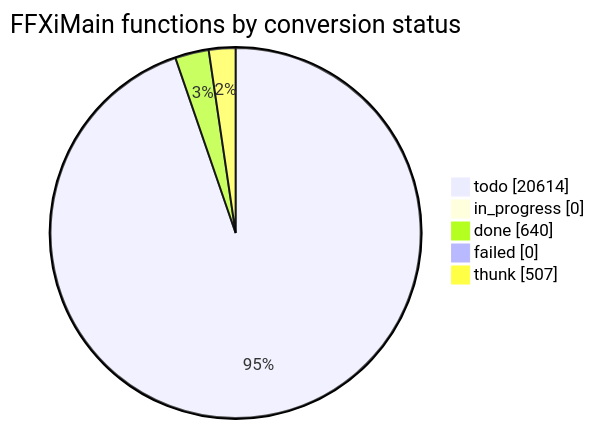
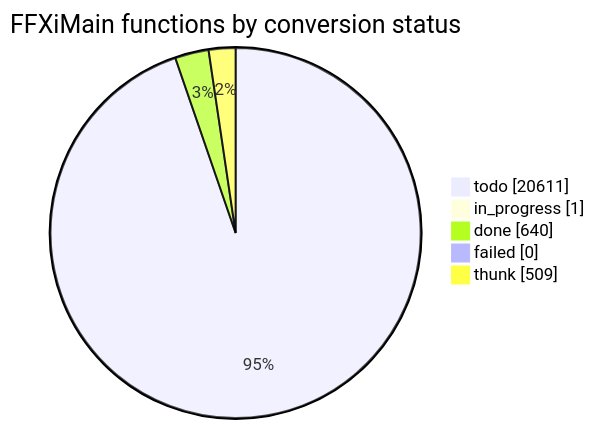
Before and after one commit to cowrevenge/cow_kuluu_xi_anything: the diagram in docs/cow/STATUS.md, drawn with Mermaid. The commit also changed other lines of this file and 11 other files, not shown here.

````diff
--- a/docs/cow/STATUS.md
+++ b/docs/cow/STATUS.md
@@ -18,9 +18,9 @@
 ```mermaid
 pie showData
     title FFXiMain functions by conversion status
-    "todo" : 20614
-    "in_progress" : 0
+    "todo" : 20611
+    "in_progress" : 1
     "done" : 640
     "failed" : 0
-    "thunk" : 507
+    "thunk" : 509
 ```
````
